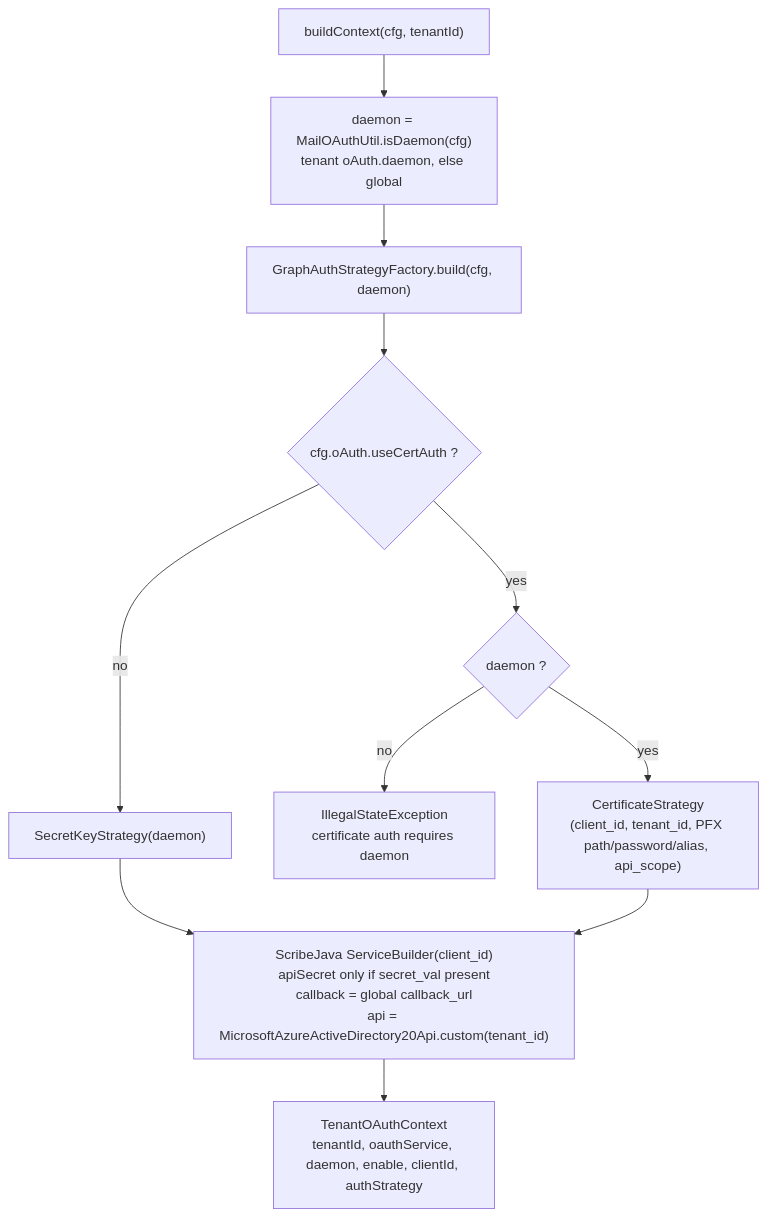
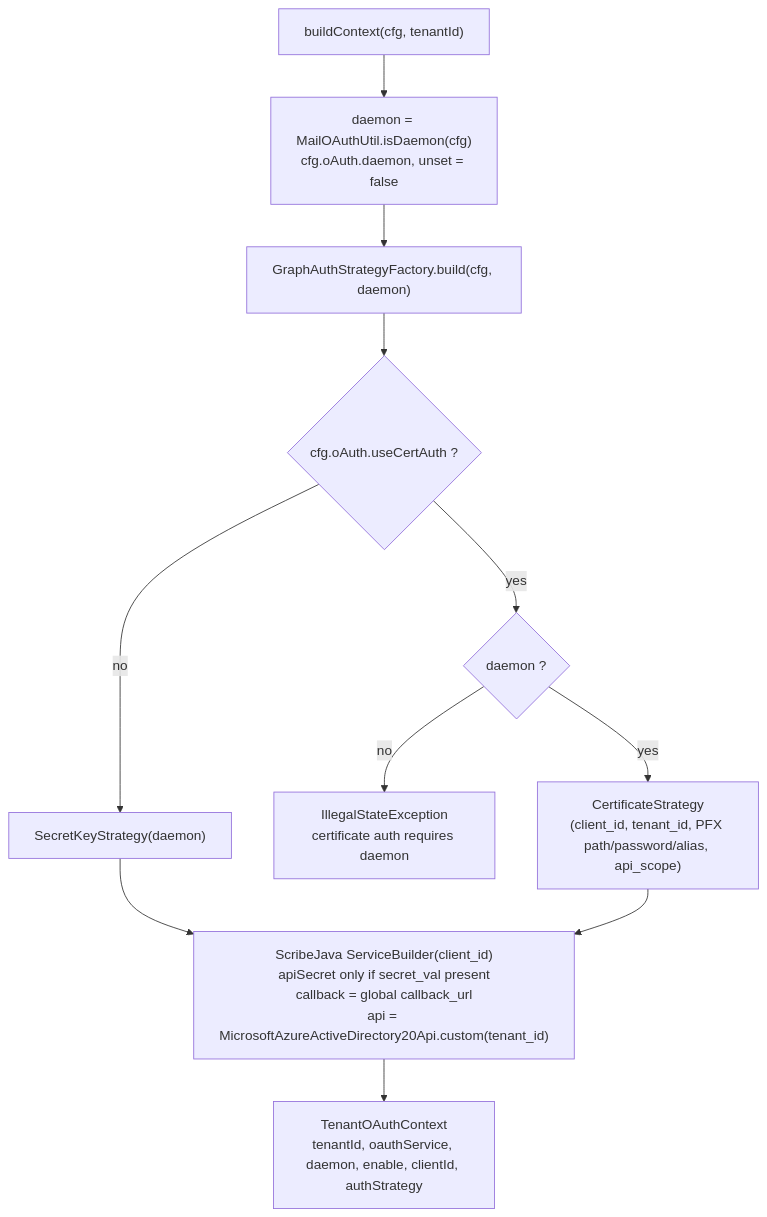
One commit to vsachinv/mail-oauth changed the sixth of 10 diagrams in docs/PLUGIN_DESIGN.md. Above: the diagram before and after it, drawn with Mermaid. The commit also changed other lines of this file and 9 other files, not shown here.

Commit message:
PVR-107197: Read tenant daemon flag from tenant config only, unset means false

````diff
--- a/docs/PLUGIN_DESIGN.md
+++ b/docs/PLUGIN_DESIGN.md
@@ -215,13 +215,13 @@
 ```mermaid
 flowchart TD
-    C["buildContext(cfg, tenantId)"] --> D["daemon = MailOAuthUtil.isDaemon(cfg)<br/>tenant oAuth.daemon, else global"]
+    C["buildContext(cfg, tenantId)"] --> D["daemon = MailOAuthUtil.isDaemon(cfg)<br/>cfg.oAuth.daemon, unset = false"]
     D --> F["GraphAuthStrategyFactory.build(cfg, daemon)"]
     F --> Q{"cfg.oAuth.useCertAuth ?"}
     Q -- no --> SK["SecretKeyStrategy(daemon)"]
     Q -- yes --> Q2{"daemon ?"}
     Q2 -- no --> ERR["IllegalStateException<br/>certificate auth requires daemon"]
     Q2 -- yes --> CS["CertificateStrategy<br/>(client_id, tenant_id, PFX path/password/alias, api_scope)"]
     SK --> SB["ScribeJava ServiceBuilder(client_id)<br/>apiSecret only if secret_val present<br/>callback = global callback_url<br/>api = MicrosoftAzureActiveDirectory20Api.custom(tenant_id)"]
     CS --> SB
     SB --> CTX["TenantOAuthContext<br/>tenantId, oauthService, daemon, enable, clientId, authStrategy"]
 ```
````
